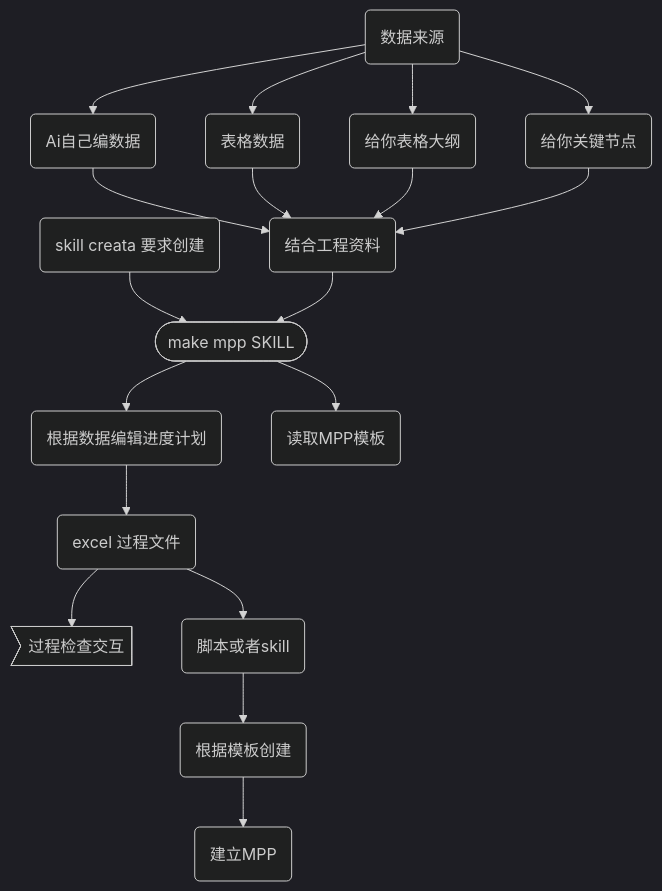
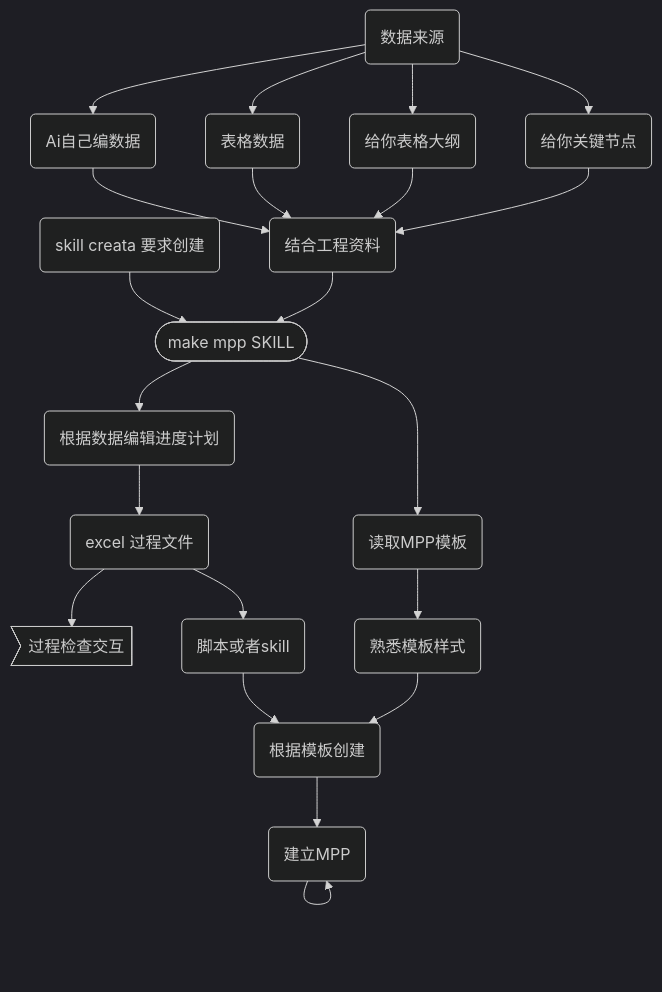
Before and after one commit to fireflysss/mermaid-notes: the diagram in notes/进度MMP skill (local)_289c8ca6-dc65-4f5d-8e6f-773a3c6cc0dc.md, drawn with Mermaid (dark theme). The commit also changed 3 other files, not shown here.

Commit message:
Sync Mermaid Studio data (11 diagrams)

````diff
--- a/notes/进度MMP skill (local)_289c8ca6-dc65-4f5d-8e6f-773a3c6cc0dc.md
+++ b/notes/进度MMP skill (local)_289c8ca6-dc65-4f5d-8e6f-773a3c6cc0dc.md
@@ -3,36 +3,40 @@
 ```mermaid
 flowchart TD
   n_0(["make mpp SKILL"])
   n_1("数据来源")
   n_2("skill  creata 要求创建")
   n_3("Ai自己编数据")
   n_4("表格数据")
   n_5("建立MPP")
   n_6("给你表格大纲")
   n_7("给你关键节点")
   n_8("结合工程资料")
   n_9("excel 过程文件")
   n_10("根据数据编辑进度计划")
   n_11>"过程检查交互"]
   n_12("脚本或者skill")
   n_13("读取MPP模板")
   n_14("根据模板创建")
+  n_15("熟悉模板样式")
   n_2 --> n_0
   n_1 --> n_3
   n_1 --> n_4
   n_1 --> n_6
   n_1 --> n_7
   n_3 --> n_8
   n_4 --> n_8
   n_6 --> n_8
   n_7 --> n_8
   n_8 --> n_0
   n_0 --> n_10
   n_10 --> n_9
   n_9 --> n_11
   n_0 --> n_13
-  n_9 --> n_12
   n_12 --> n_14
   n_14 --> n_5
+  n_5 --> n_5
+  n_13 --> n_15
+  n_9 --> n_12
+  n_15 --> n_14
 
 ```
````
